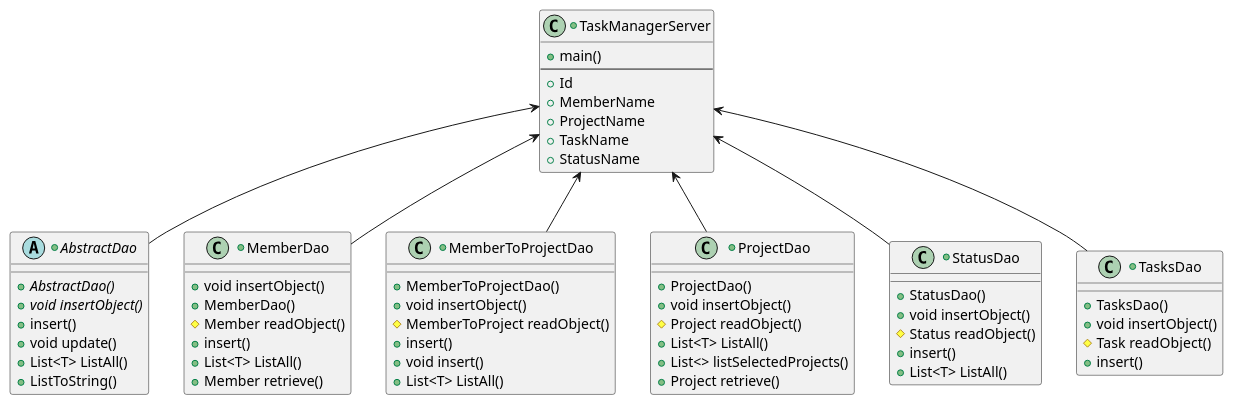
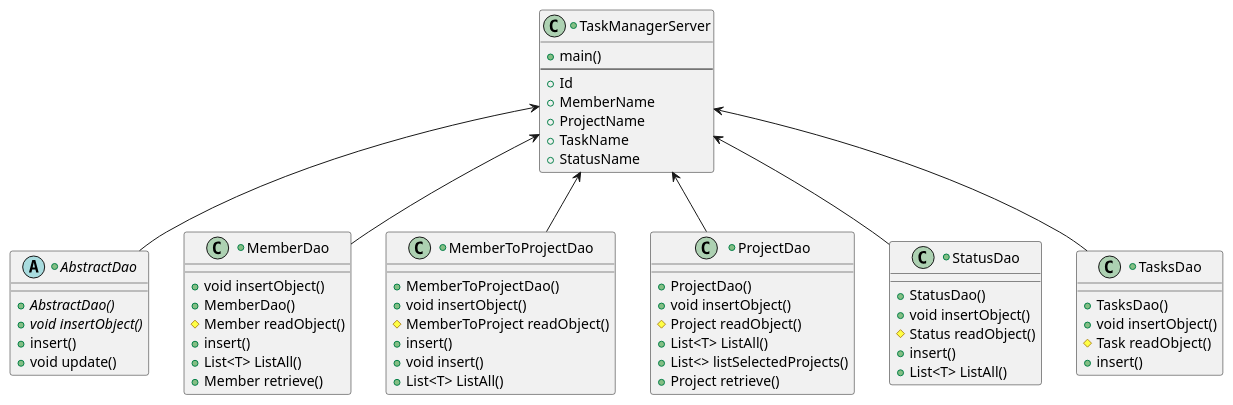
The diagram in doc/sequence.puml (iaffs/advanced-java-exam), drawn with PlantUML before and after one commit. The commit also changed 2 other files, not shown here.

Commit message:
adds random change to plantUML, need to commit to pull

```diff
--- a/doc/sequence.puml
+++ b/doc/sequence.puml
@@ -1,73 +1,71 @@
 @startuml
 
 TaskManagerServer <-- AbstractDao
 TaskManagerServer <-- MemberDao
 TaskManagerServer <-- MemberToProjectDao
 TaskManagerServer <-- ProjectDao
 TaskManagerServer <-- StatusDao
 TaskManagerServer <-- TasksDao
 
 
 +class TaskManagerServer {
 +main()
 ----
 +Id
 +MemberName
 +ProjectName
 +TaskName
 +StatusName
 }
 
 
 +abstract class AbstractDao {
 +{abstract} AbstractDao()
 +{abstract} void insertObject()
 +insert()
 + void update()
-+List<T> ListAll()
-+ListToString()
 }
 
 +class MemberDao {
 + void insertObject()
 +MemberDao()
 #Member readObject()
 + insert()
 +List<T> ListAll()
 +Member retrieve()
 }
 
 +class MemberToProjectDao {
 + MemberToProjectDao()
 + void insertObject()
 # MemberToProject readObject()
 + insert()
 + void insert()
 +List<T> ListAll()
 }
 
 +class ProjectDao {
 + ProjectDao()
 + void insertObject()
 # Project readObject()
 +List<T> ListAll()
 +List<> listSelectedProjects()
 + Project retrieve()
 }
 
 +class TasksDao {
 + TasksDao()
 + void insertObject()
 # Task readObject()
 + insert()
 
 }
 
 +class StatusDao {
 + StatusDao()
 + void insertObject()
 # Status readObject()
 + insert()
 + List<T> ListAll()
 }
 @enduml
```
